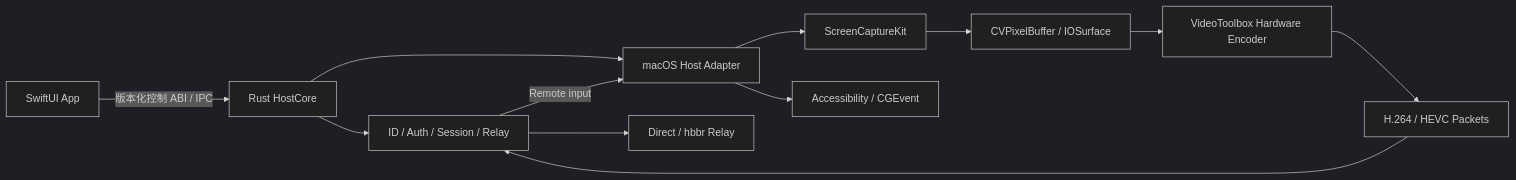
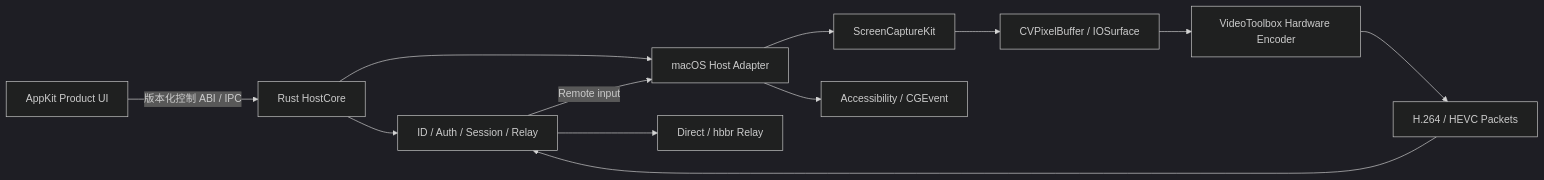
One commit to williamnie/farpane changed the first of 5 diagrams in docs/host-mode-design.md. Above: the diagram before and after it, drawn with Mermaid (dark theme). The commit also changed other lines of this file and 2 other files, not shown here.

````diff
--- a/docs/host-mode-design.md
+++ b/docs/host-mode-design.md
@@ -30,14 +31,14 @@
 ```mermaid
 flowchart LR
-    UI["SwiftUI App"] -->|"版本化控制 ABI / IPC"| HC["Rust HostCore"]
+    UI["AppKit Product UI"] -->|"版本化控制 ABI / IPC"| HC["Rust HostCore"]
     HC --> CP["ID / Auth / Session / Relay"]
     HC --> HA["macOS Host Adapter"]
     HA --> SCK["ScreenCaptureKit"]
     SCK --> PB["CVPixelBuffer / IOSurface"]
     PB --> VT["VideoToolbox Hardware Encoder"]
     VT --> PKT["H.264 / HEVC Packets"]
     PKT --> CP
     CP --> NET["Direct / hbbr Relay"]
     CP -->|"Remote input"| HA
     HA --> CG["Accessibility / CGEvent"]
 ```
````
